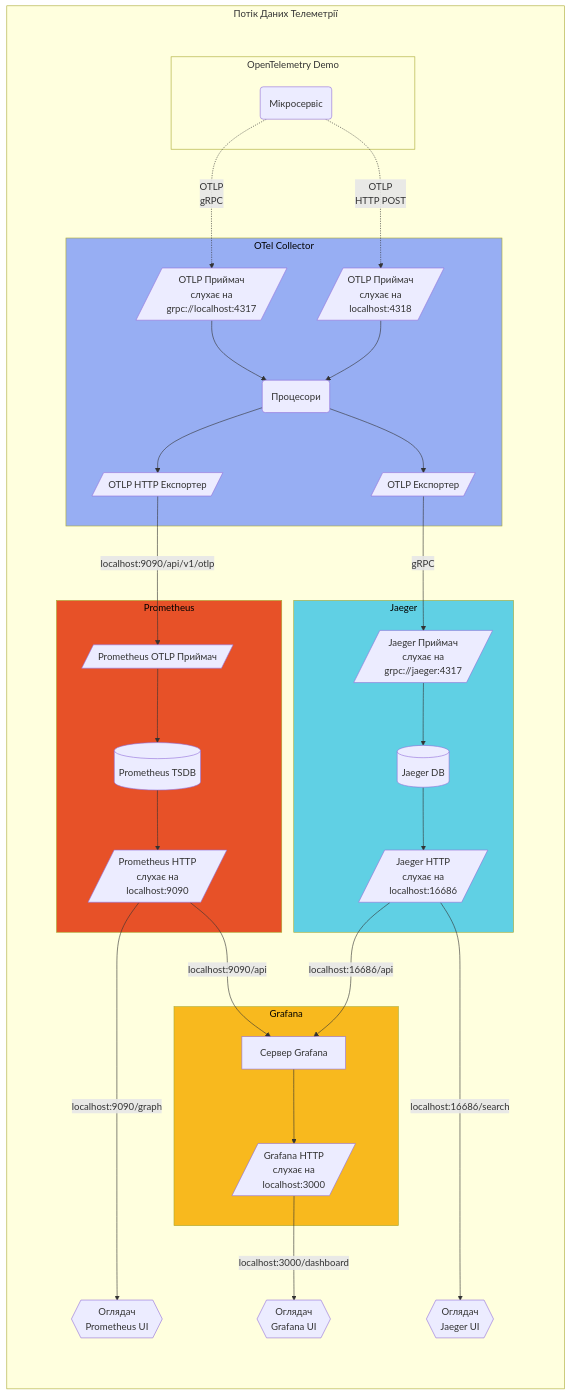
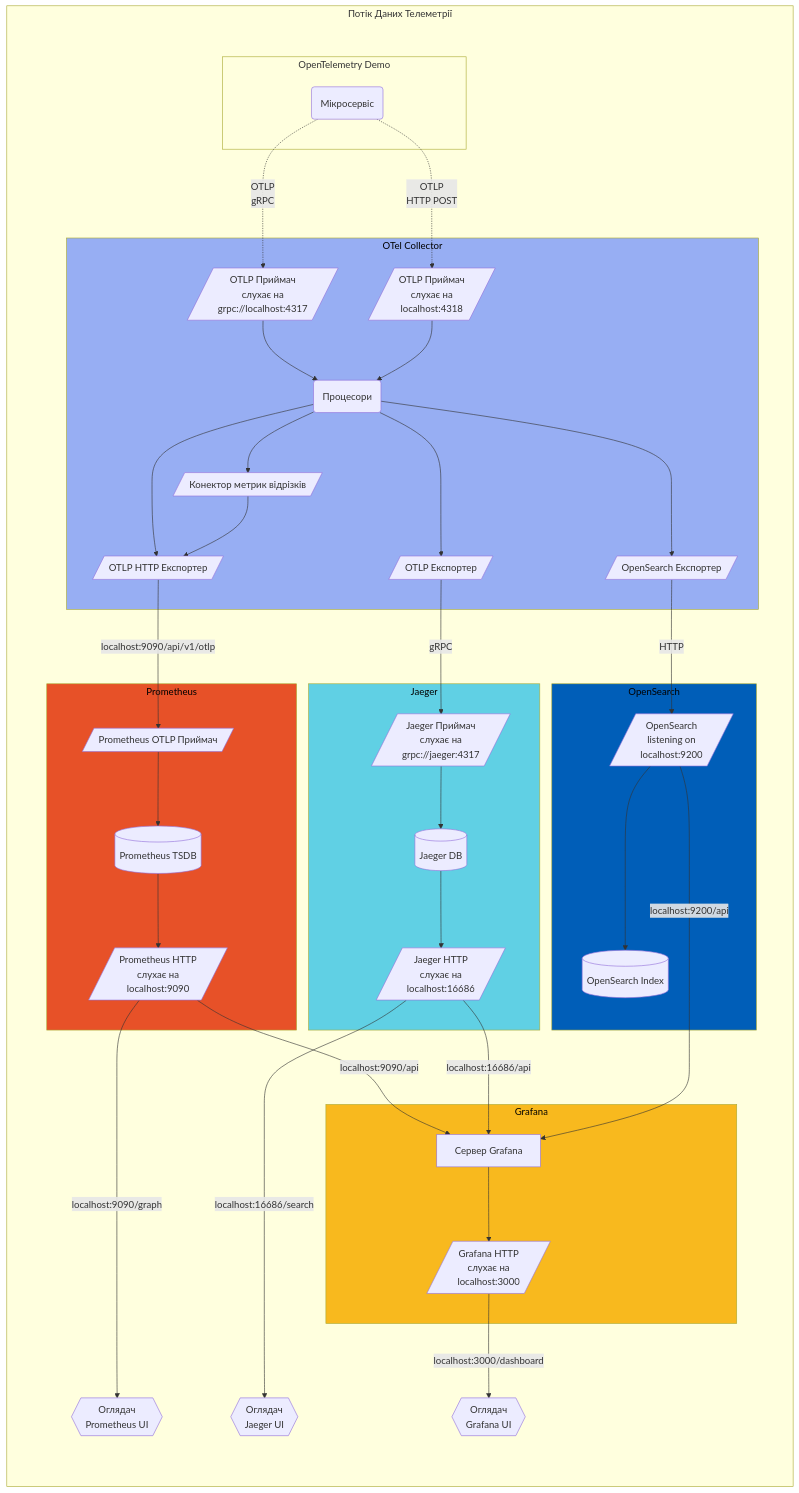
Before and after one commit to open-telemetry/opentelemetry.io: the third of 3 diagrams in content/uk/docs/demo/architecture.md, drawn with Mermaid. The commit also changed other lines of this file and 88 other files, not shown here.

```diff
--- a/content/uk/docs/demo/architecture.md
+++ b/content/uk/docs/demo/architecture.md
@@ -142,18 +142,25 @@
             oc-grpc[/"OTLP Приймач<br/>слухає на<br/>grpc://localhost:4317"/]
             oc-http[/"OTLP Приймач<br/>слухає на <br/>localhost:4318<br/>"/]
             oc-proc(Процесори)
+            oc-spanmetrics[/"Конектор метрик відрізків"/]
             oc-prom[/"OTLP HTTP Експортер"/]
             oc-otlp[/"OTLP Експортер"/]
+            oc-opensearch[/"OpenSearch Експортер"/]
 
             oc-grpc --> oc-proc
             oc-http --> oc-proc
 
             oc-proc --> oc-prom
             oc-proc --> oc-otlp
+            oc-proc --> oc-opensearch
+            oc-proc --> oc-spanmetrics
+            oc-spanmetrics --> oc-prom
+
         end
 
         oc-prom -->|"localhost:9090/api/v1/otlp"| pr-sc
         oc-otlp -->|gRPC| ja-col
+        oc-opensearch -->|HTTP| os-http
 
         subgraph pr[Prometheus]
             style pr fill:#e75128,color:black;
@@ -178,6 +185,14 @@
             ja-db --> ja-http
         end
 
+        subgraph os[OpenSearch]
+            style os fill:#005eb8,color:black;
+            os-http[/"OpenSearch<br/>listening on<br/>localhost:9200"/]
+            os-db[(OpenSearch Index)]
+
+            os-http ---> os-db
+        end
+
         subgraph gr[Grafana]
             style gr fill:#f8b91e,color:black;
             gr-srv["Сервер Grafana"]
@@ -188,6 +203,7 @@
 
         pr-http --> |"localhost:9090/api"| gr-srv
         ja-http --> |"localhost:16686/api"| gr-srv
+        os-http --> |"localhost:9200/api"| gr-srv
 
         ja-b{{"Оглядач<br/>Jaeger UI"}}
         ja-http ---->|"localhost:16686/search"| ja-b
```
